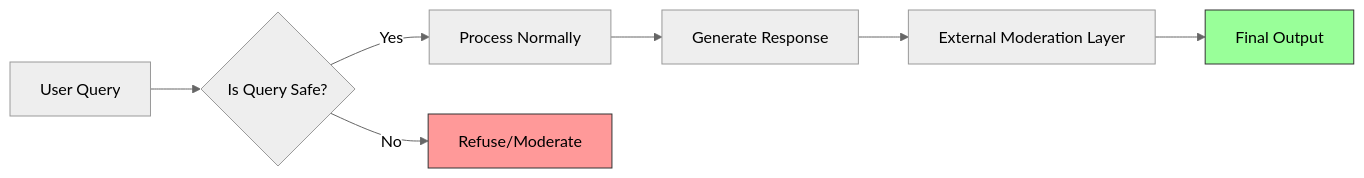
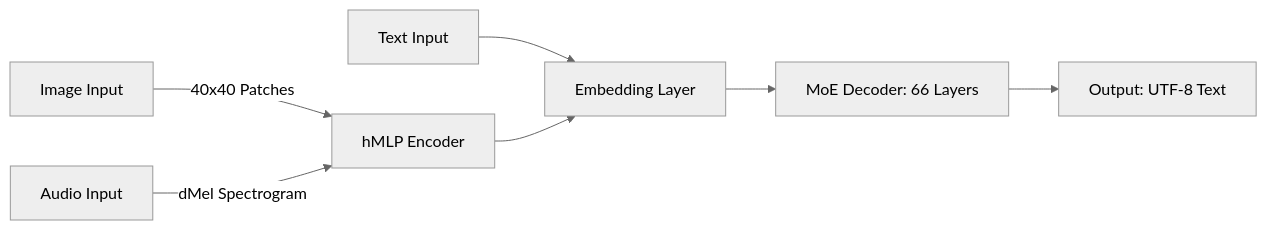
The second of 3 diagrams in content/post/daily_ai/daily_ai_2026-07-16.md/blog.md (Neilstid/theme-academic-cv), drawn with Mermaid (neutral theme) before and after one commit. The commit also changed other lines of this file and 2 other files, not shown here.

````diff
--- a/content/post/daily_ai/daily_ai_2026-07-16.md/blog.md
+++ b/content/post/daily_ai/daily_ai_2026-07-16.md/blog.md
@@ -130,11 +76,9 @@
 ```mermaid
 flowchart LR
-    A[User Query] --> B{Is Query Safe?}
-    B -->|Yes| C[Process Normally]
-    B -->|No| D[Refuse/Moderate]
-    C --> E[Generate Response]
-    E --> F[External Moderation Layer]
-    F --> G[Final Output]
-    style D fill:#f99,stroke:#333
-    style G fill:#9f9,stroke:#333
+    A[Text Input] --> B[Embedding Layer]
+    C[Image Input] -->|40x40 Patches| D[hMLP Encoder]
+    E[Audio Input] -->|dMel Spectrogram| D
+    D --> B
+    B --> F[MoE Decoder: 66 Layers]
+    F --> G[Output: UTF-8 Text]
 ```
````
